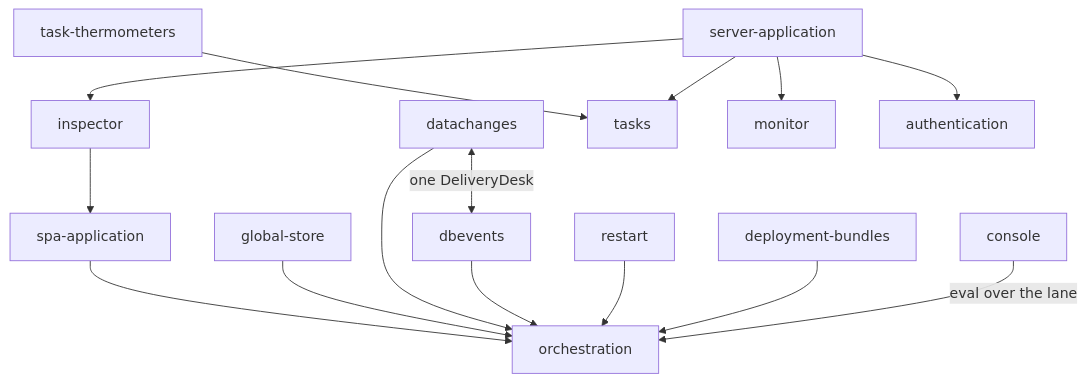
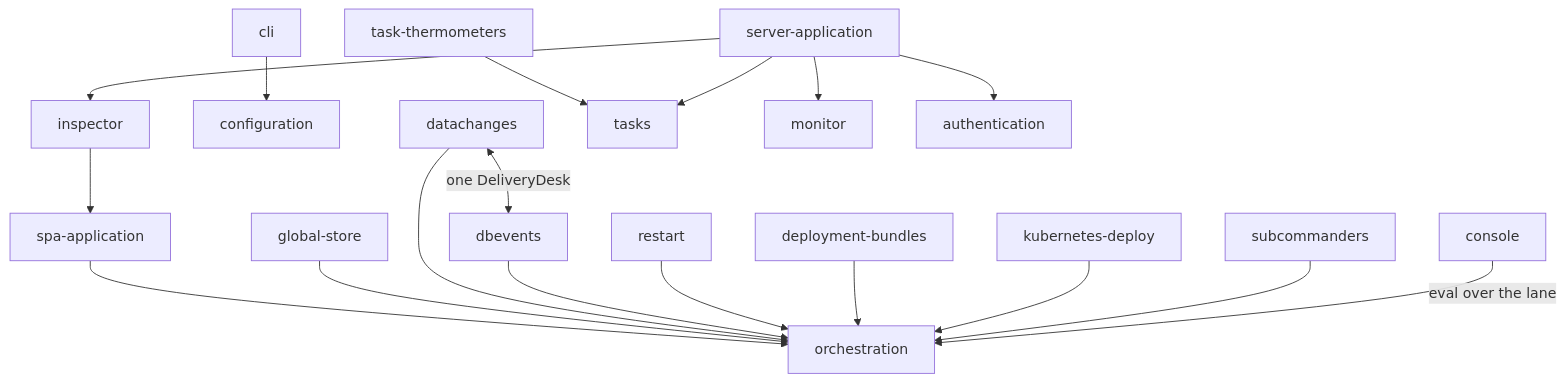
Before and after one commit to genropy/genro-asgi: the diagram in internals/README.md, drawn with Mermaid. The commit also changed other lines of this file and 13 other files, not shown here.

First line of the commit message:
docs(internals): three more verticals — cli, kubernetes-deploy, subcommanders

````diff
--- a/internals/README.md
+++ b/internals/README.md
@@ -83,14 +89,17 @@
 ```mermaid
 flowchart TD
     SPA[spa-application] --> ORC[orchestration]
     GS[global-store] --> ORC
     DC[datachanges] --> ORC
     DB[dbevents] --> ORC
     RS[restart] --> ORC
     DEP[deployment-bundles] --> ORC
+    K8S[kubernetes-deploy] --> ORC
+    SUB[subcommanders] --> ORC
+    CLI[cli] --> CFG[configuration]
     DC <-->|one DeliveryDesk| DB
     CON[console] -->|eval over the lane| ORC
     INS[inspector] --> SPA
     TH[task-thermometers] --> TSK[tasks]
     SRV[server-application] --> MON[monitor] & INS & TSK & AUTH[authentication]
 ```
````
